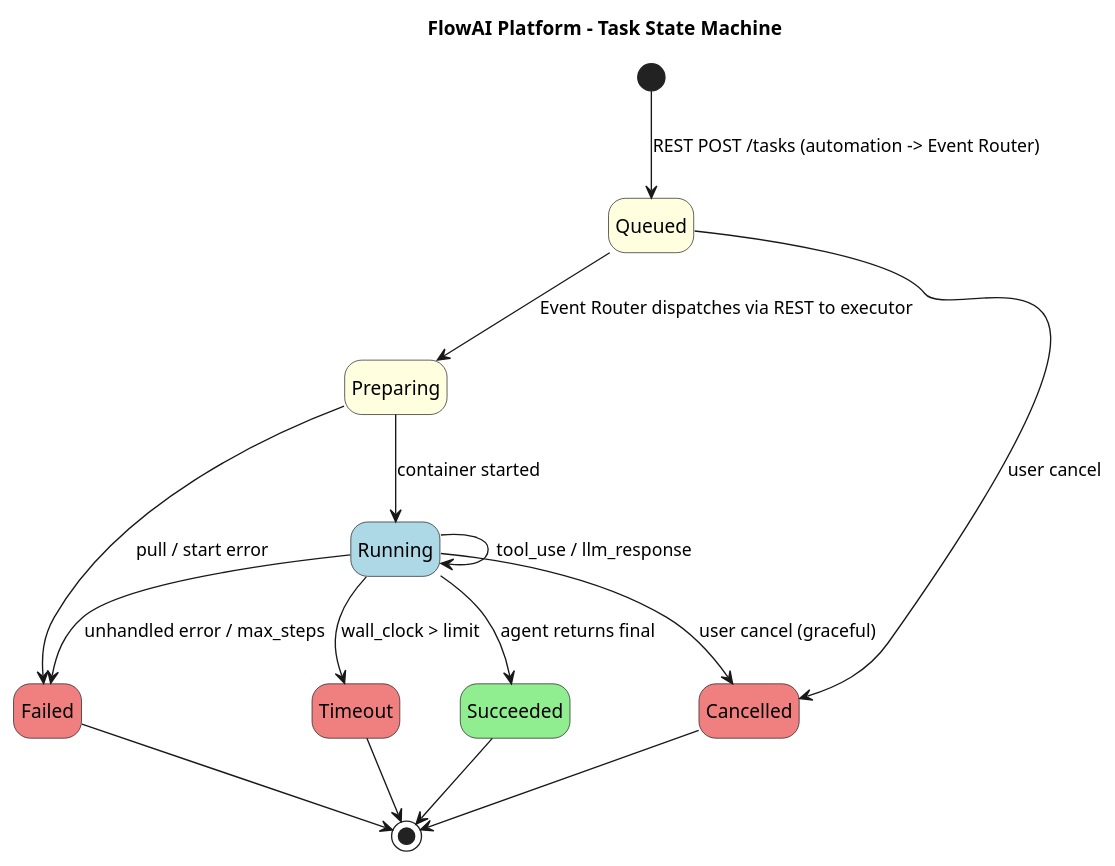
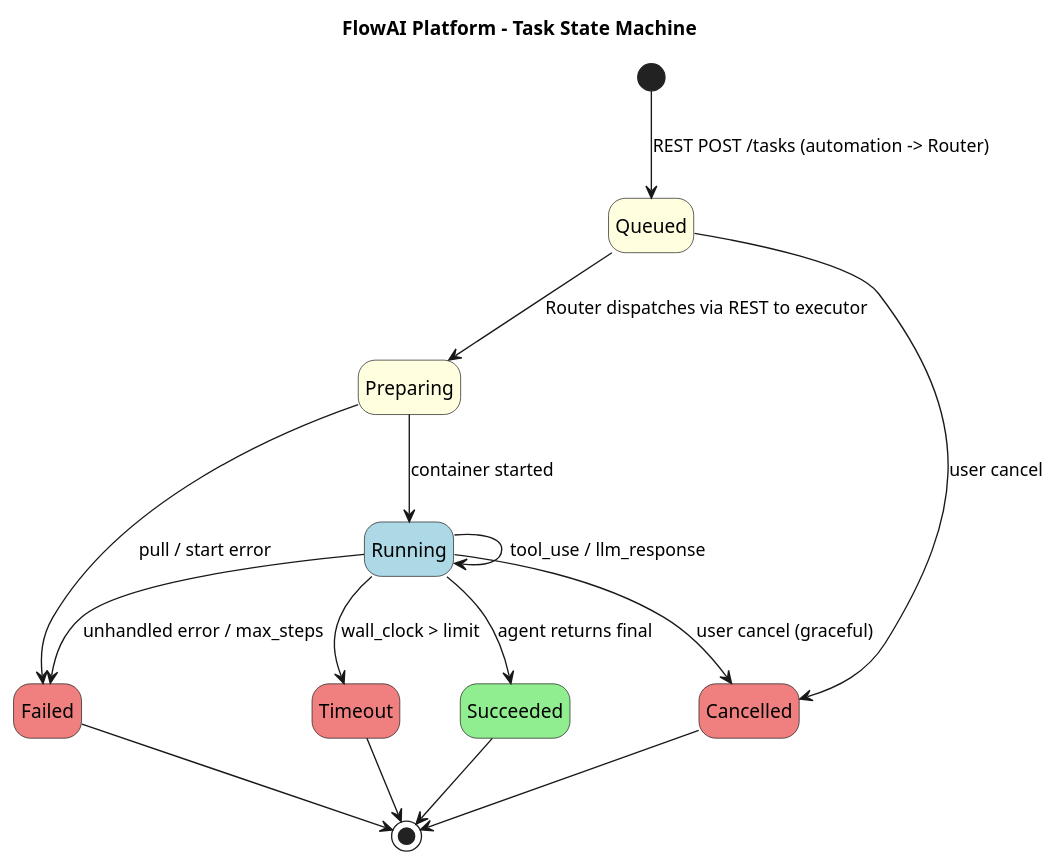
The diagram in docs/architecture/diagrams/06-state-task.puml (pandops/flowai), drawn with PlantUML before and after one commit. The commit also changed 2 other files, not shown here.

Commit message:
docs(architecture): update lifecycle sequence diagrams
Ultraworked with [Sisyphus](https://github.com/code-yeongyu/oh-my-openagent)

```diff
--- a/docs/architecture/diagrams/06-state-task.puml
+++ b/docs/architecture/diagrams/06-state-task.puml
@@ -1,33 +1,33 @@
 @startuml 06-state-task
 title FlowAI Platform - Task State Machine
 
 hide empty description
 
-[*] --> Queued : REST POST /tasks (automation -> Event Router)
+[*] --> Queued : REST POST /tasks (automation -> Router)
 
 state Queued #LightYellow
 state Preparing #LightYellow
 state Running #LightBlue
 state Succeeded #LightGreen
 state Failed #LightCoral
 state Cancelled #LightCoral
 state Timeout #LightCoral
 
-Queued --> Preparing : Event Router dispatches via REST to executor
+Queued --> Preparing : Router dispatches via REST to executor
 Queued --> Cancelled : user cancel
 
 Preparing --> Running : container started
 Preparing --> Failed : pull / start error
 
 Running --> Running : tool_use / llm_response
 Running --> Succeeded : agent returns final
 Running --> Failed : unhandled error / max_steps
 Running --> Cancelled : user cancel (graceful)
 Running --> Timeout : wall_clock > limit
 
 Succeeded --> [*]
 Failed --> [*]
 Cancelled --> [*]
 Timeout --> [*]
 
 @enduml
```
